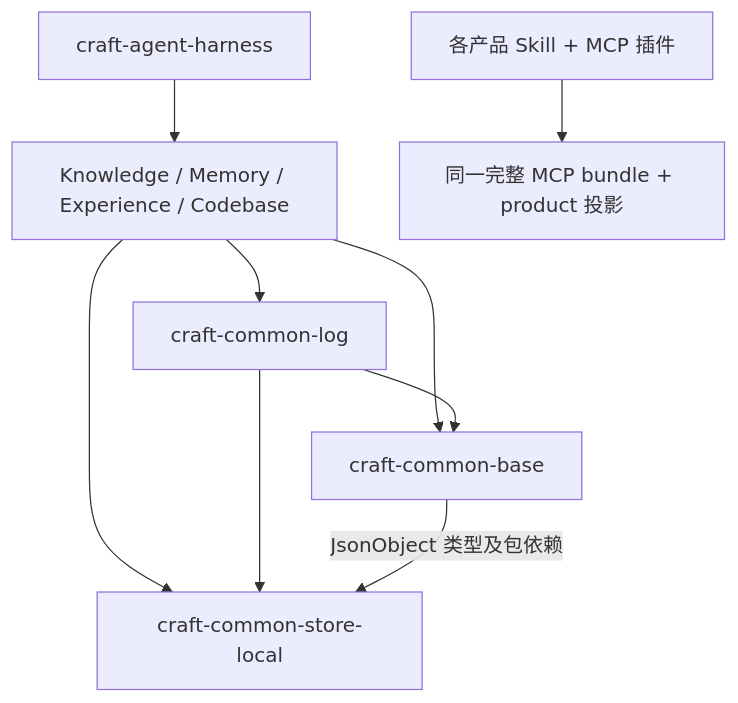
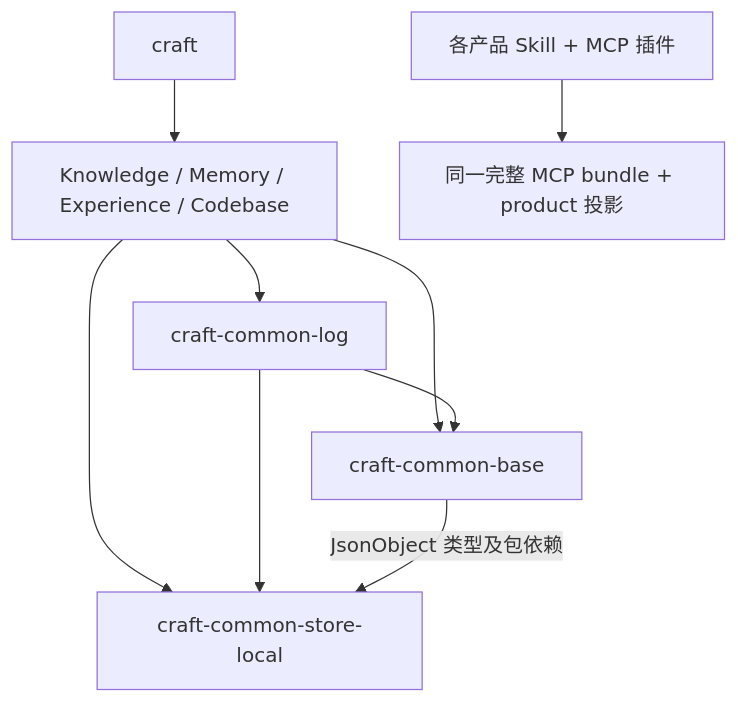
The diagram in docs/research/core-architecture-primary-sources-2026-10-05.md (wdx9413/craft), drawn with Mermaid before and after one commit. The commit also changed other lines of this file and 19 other files, not shown here.

````diff
--- a/docs/research/core-architecture-primary-sources-2026-10-05.md
+++ b/docs/research/core-architecture-primary-sources-2026-10-05.md
@@ -15,11 +15,11 @@
 ```mermaid
 graph TD
-  H[craft-agent-harness] --> K[Knowledge / Memory / Experience / Codebase]
+  H[craft] --> K[Knowledge / Memory / Experience / Codebase]
   K --> B[craft-common-base]
   K --> S[craft-common-store-local]
   K --> L[craft-common-log]
   L --> B
   L --> S
   B -->|JsonObject 类型及包依赖| S
   P[各产品 Skill + MCP 插件] --> F[同一完整 MCP bundle + product 投影]
 ```
````
